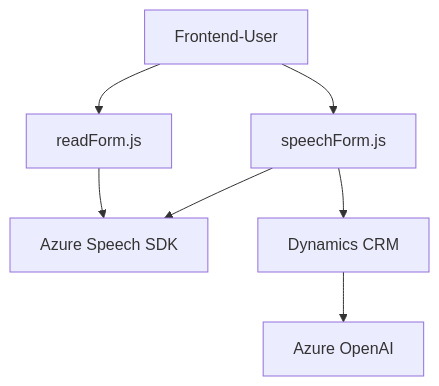
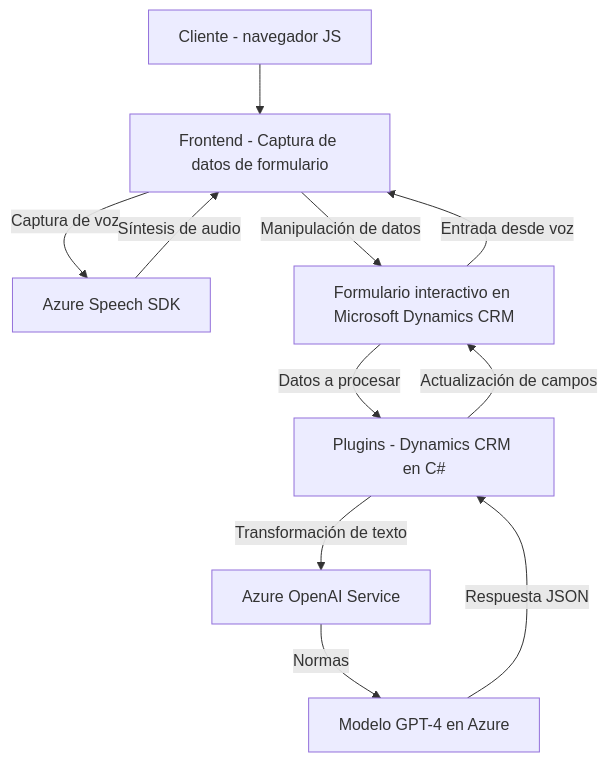
One commit to blopezdm/NETCORE_BILBAO2025 changed the diagram in README.md. Above: the diagram before and after it, drawn with Mermaid. The commit also changed other lines of this file, not shown here.

````diff
--- a/README.md
+++ b/README.md
@@ -61,16 +39,21 @@
 ```mermaid
 graph TD
-    A["Frontend-User"]
-    B["readForm.js"]
-    C["speechForm.js"]
-    D["Dynamics CRM"]
-    E["Azure Speech SDK"]
-    F["Azure OpenAI"]
+A["Cliente - navegador JS"]
+B["Frontend - Captura de datos de formulario"]
+C["Azure Speech SDK"]
+D["Formulario interactivo en Microsoft Dynamics CRM"]
+E["Azure OpenAI Service"]
+F["Modelo GPT-4 en Azure"]
+G["Plugins - Dynamics CRM en C#"]
 
-    A --> B
-    A --> C
-    B --> E
-    C --> E
-    C --> D
-    D --> F
+A --> B
+B --> |Captura de voz| C
+B --> |Manipulación de datos| D
+C --> |Síntesis de audio| B
+D --> |Entrada desde voz| B
+D --> |Datos a procesar| G
+G --> |Transformación de texto| E
+E --> |Normas| F
+F --> |Respuesta JSON| G
+G --> |Actualización de campos| D
 ```
````
